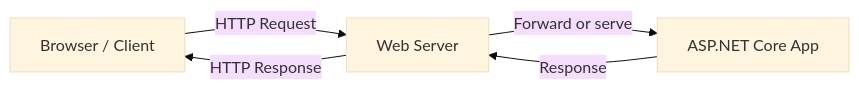
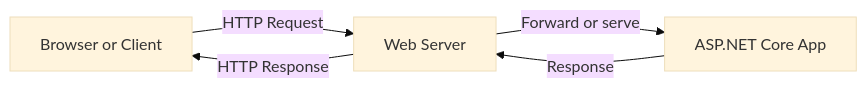
One commit to sridharpolepalli/dotnet-learn changed the first of 6 diagrams in ASP.NET-Core-Hosting-Guide.md. Above: the diagram before and after it, drawn with Mermaid (base theme). The commit also changed other lines of this file and 1 other file, not shown here.

Commit message:
fixing the mermaid issues

````diff
--- a/ASP.NET-Core-Hosting-Guide.md
+++ b/ASP.NET-Core-Hosting-Guide.md
@@ -36,11 +36,11 @@
 ```mermaid
 flowchart LR
-    Client[Browser / Client]
+    Client["Browser or Client"]
     WS[Web Server]
-    App[ASP.NET Core App]
+    App["ASP.NET Core App"]
 
     Client -->|"HTTP Request"| WS
     WS -->|"Forward or serve"| App
     App -->|"Response"| WS
     WS -->|"HTTP Response"| Client
 ```
````
